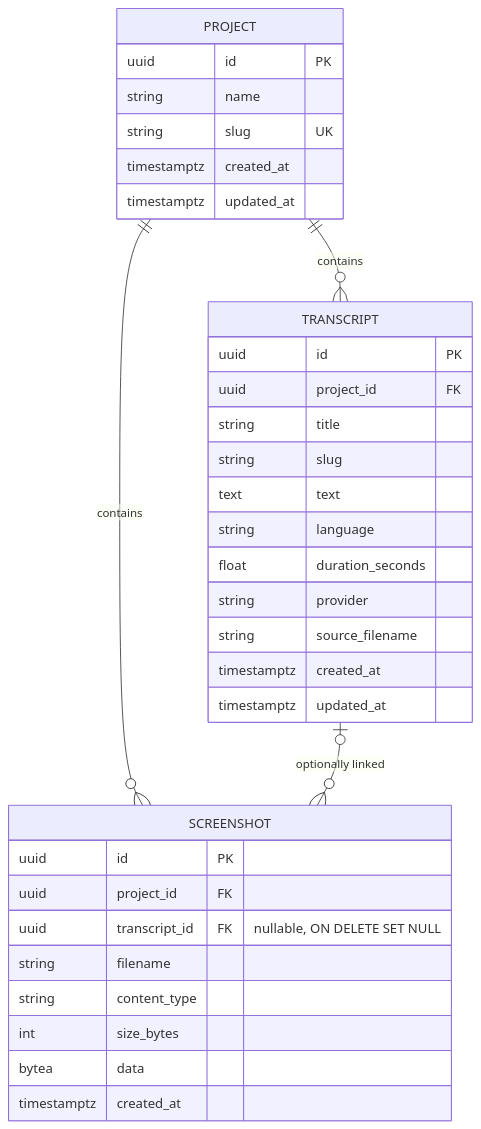
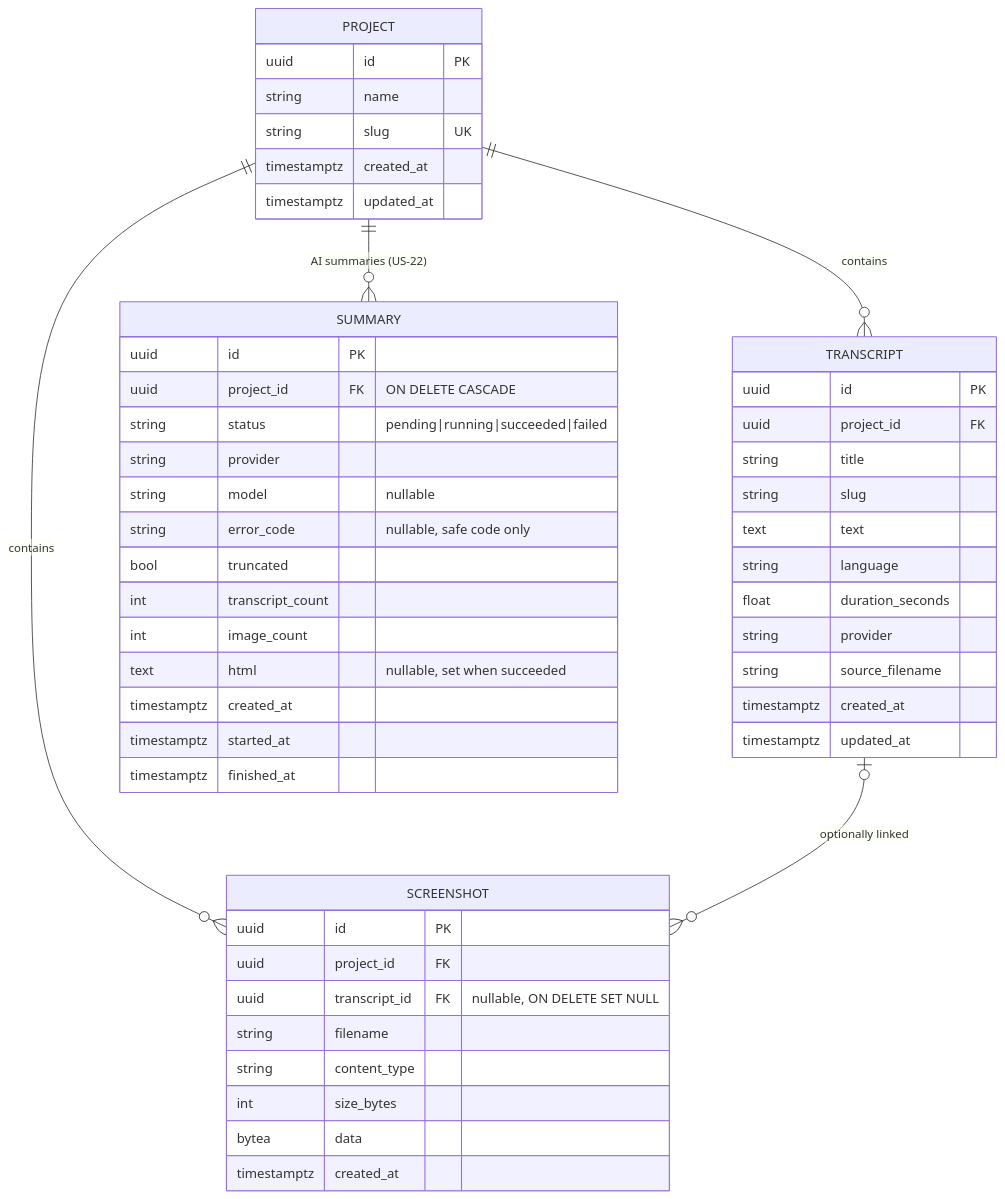
One commit to mrfmanuel/EchoNotes changed the fourth of 4 diagrams in docs/architecture.md. Above: the diagram before and after it, drawn with Mermaid. The commit also changed other lines of this file and 9 other files, not shown here.

````diff
--- a/docs/architecture.md
+++ b/docs/architecture.md
@@ -87,36 +184,52 @@
 ```mermaid
 erDiagram
     PROJECT ||--o{ TRANSCRIPT : contains
     PROJECT ||--o{ SCREENSHOT : contains
+    PROJECT ||--o{ SUMMARY : "AI summaries (US-22)"
     TRANSCRIPT |o--o{ SCREENSHOT : "optionally linked"
     PROJECT {
         uuid id PK
         string name
         string slug UK
         timestamptz created_at
         timestamptz updated_at
     }
     TRANSCRIPT {
         uuid id PK
         uuid project_id FK
         string title
         string slug
         text text
         string language
         float duration_seconds
         string provider
         string source_filename
         timestamptz created_at
         timestamptz updated_at
     }
     SCREENSHOT {
         uuid id PK
         uuid project_id FK
         uuid transcript_id FK "nullable, ON DELETE SET NULL"
         string filename
         string content_type
         int size_bytes
         bytea data
         timestamptz created_at
     }
+    SUMMARY {
+        uuid id PK
+        uuid project_id FK "ON DELETE CASCADE"
+        string status "pending|running|succeeded|failed"
+        string provider
+        string model "nullable"
+        string error_code "nullable, safe code only"
+        bool truncated
+        int transcript_count
+        int image_count
+        text html "nullable, set when succeeded"
+        timestamptz created_at
+        timestamptz started_at
+        timestamptz finished_at
+    }
 ```
````
